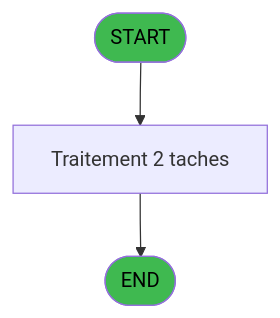
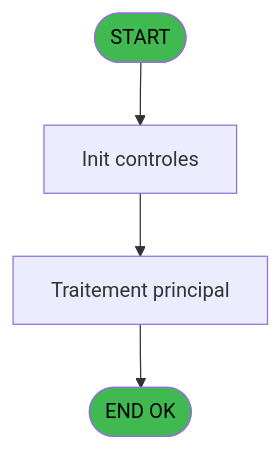
The first of 3 diagrams in .openspec/specs/ADH-IDE-8.md (thonyAGP/lecteur-magic), drawn with Mermaid before and after one commit. The commit also changed other lines of this file and 493 other files, not shown here.

````diff
--- a/.openspec/specs/ADH-IDE-8.md
+++ b/.openspec/specs/ADH-IDE-8.md
@@ -78,9 +89,13 @@
 ```mermaid
 flowchart TD
     START([START])
-    PROCESS[Traitement 2 taches]
-    START --> PROCESS --> ENDOK
-    ENDOK([END])
+    INIT[Init controles]
+    SAISIE[Traitement principal]
+    ENDOK([END OK])
+
+    START --> INIT --> SAISIE
+    SAISIE --> ENDOK
+
     style START fill:#3fb950,color:#000
     style ENDOK fill:#3fb950,color:#000
 ```
````
